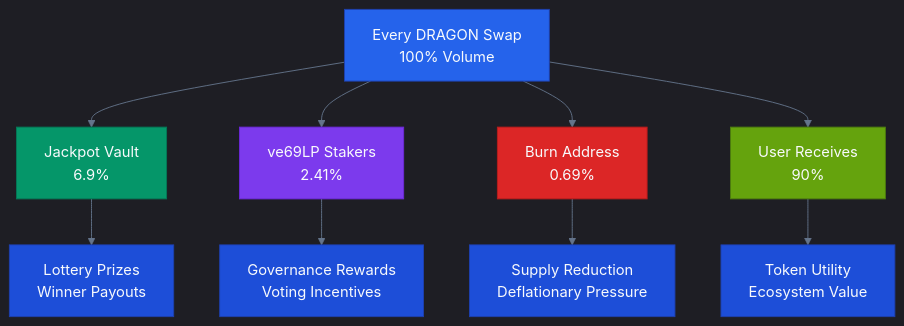
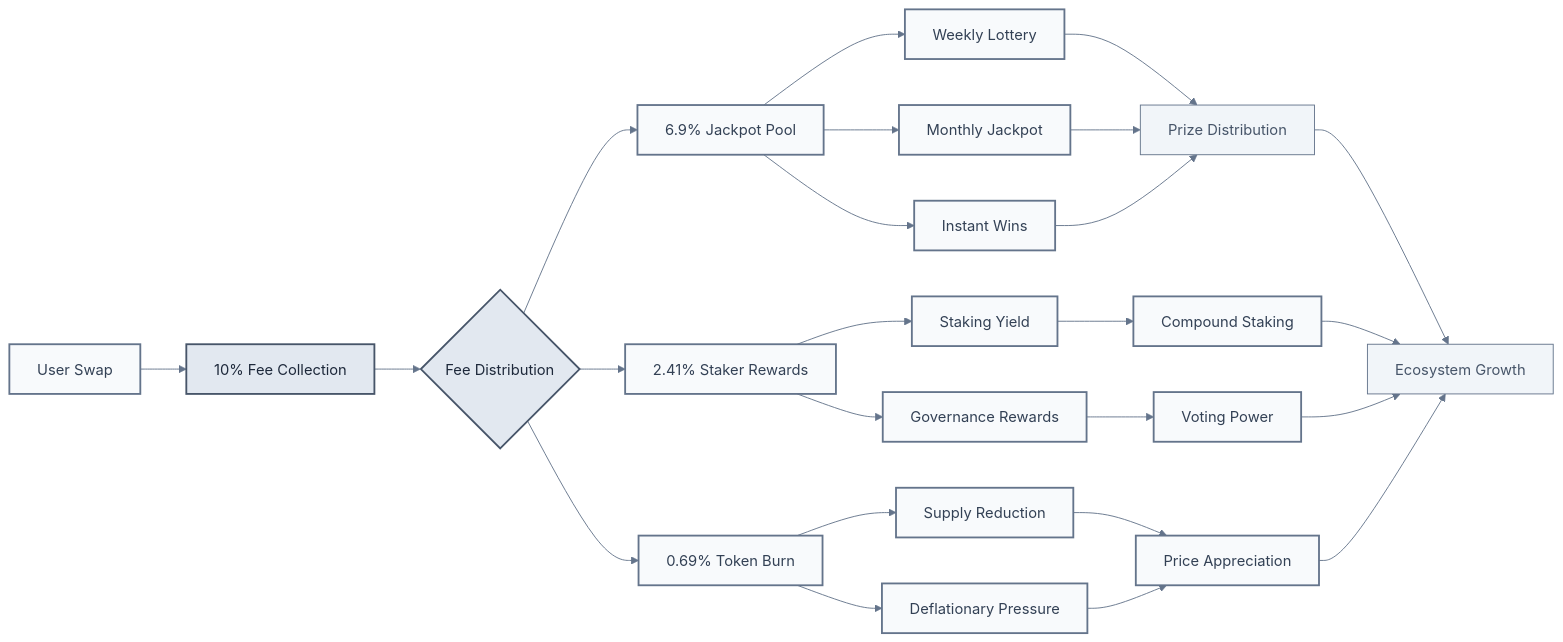
One commit to wenakita/sonicreddragon-docs changed the fifth of 5 diagrams in docs/intro.md. Above: the diagram before and after it, drawn with Mermaid. The commit also changed other lines of this file and 3 other files, not shown here.

````diff
--- a/docs/intro.md
+++ b/docs/intro.md
@@ -366,34 +221,53 @@
 ```mermaid
 %%{init: {
-  'theme': 'dark',
+  'theme': 'base',
   'themeVariables': {
-    'primaryColor': '#be185d',
-    'primaryTextColor': '#f8fafc',
-    'lineColor': '#64748b'
+    'primaryColor': '#f8fafc',
+    'primaryTextColor': '#334155',
+    'primaryBorderColor': '#64748b',
+    'lineColor': '#64748b',
+    'secondaryColor': '#f1f5f9',
+    'tertiaryColor': '#e2e8f0'
   }
 }}%%
-flowchart TD
-    A["Every DRAGON Swap<br/>100% Volume"] --> B["Jackpot Vault<br/>6.9%"]
-    A --> C["ve69LP Stakers<br/>2.41%"]
-    A --> D["Burn Address<br/>0.69%"]
-    A --> E["User Receives<br/>90%"]
+
+flowchart LR
+    A[User Swap] --> B[10% Fee Collection]
+    B --> C{Fee Distribution}
     
-    B --> F["Lottery Prizes<br/>Winner Payouts"]
-    C --> G["Governance Rewards<br/>Voting Incentives"]
-    D --> H["Supply Reduction<br/>Deflationary Pressure"]
-    E --> I["Token Utility<br/>Ecosystem Value"]
+    C --> D[6.9% Jackpot Pool]
+    C --> E[2.41% Staker Rewards]
+    C --> F[0.69% Token Burn]
     
-    classDef swap fill:#2563eb,stroke:#1e40af,color:#f8fafc
-    classDef jackpot fill:#059669,stroke:#047857,color:#f8fafc
-    classDef stakers fill:#7c3aed,stroke:#6d28d9,color:#f8fafc
-    classDef burn fill:#dc2626,stroke:#b91c1c,color:#f8fafc
-    classDef user fill:#65a30d,stroke:#4d7c0f,color:#f8fafc
-    classDef outcome fill:#1d4ed8,stroke:#1e40af,color:#f8fafc
+    D --> G[Weekly Lottery]
+    D --> H[Monthly Jackpot]
+    D --> I[Instant Wins]
     
-    class A swap
-    class B,F jackpot
-    class C,G stakers
-    class D,H burn
-    class E,I user
-    class F,G,H,I outcome
+    E --> J[Staking Yield]
+    E --> K[Governance Rewards]
+    
+    F --> L[Supply Reduction]
+    F --> M[Deflationary Pressure]
+    
+    G --> N[Prize Distribution]
+    H --> N
+    I --> N
+    
+    J --> O[Compound Staking]
+    K --> P[Voting Power]
+    
+    L --> Q[Price Appreciation]
+    M --> Q
+    
+    N --> R[Ecosystem Growth]
+    O --> R
+    P --> R
+    Q --> R
+
+    classDef default fill:#f8fafc,stroke:#64748b,stroke-width:2px,color:#334155
+    classDef fee fill:#e2e8f0,stroke:#475569,stroke-width:2px,color:#1e293b
+    classDef outcome fill:#f1f5f9,stroke:#64748b,stroke-width:1px,color:#475569
+    
+    class B,C fee
+    class N,R outcome
 ```
````
